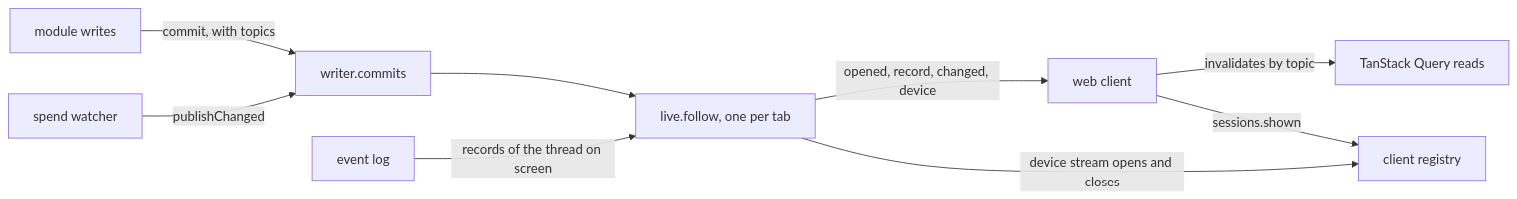
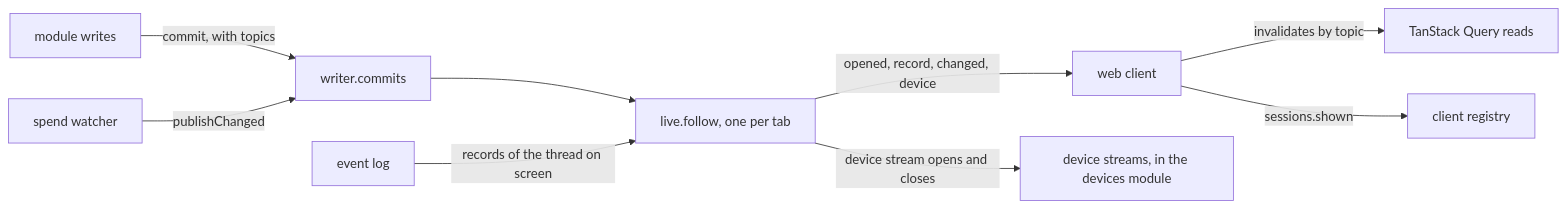
The diagram in docs/architecture/channels/live-updates.md (zgeoff/nixie), drawn with Mermaid before and after one commit. The commit also changed other lines of this file and 31 other files, not shown here.

First line of the commit message:
docs: correct architecture docs that drifted from the code (#1551)

````diff
--- a/docs/architecture/channels/live-updates.md
+++ b/docs/architecture/channels/live-updates.md
@@ -20,11 +25,11 @@
 ```mermaid
 flowchart LR
   writes[module writes] -->|"commit, with topics"| commits[writer.commits]
   watcher[spend watcher] -->|"publishChanged"| commits
   commits --> stream["live.follow, one per tab"]
   log[event log] -->|"records of the thread on screen"| stream
   stream -->|"opened, record, changed, device"| client[web client]
   client -->|"invalidates by topic"| reads[TanStack Query reads]
   client -->|"sessions.shown"| registry[client registry]
-  stream -->|"device stream opens and closes"| registry
+  stream -->|"device stream opens and closes"| devices[device streams, in the devices module]
 ```
````
